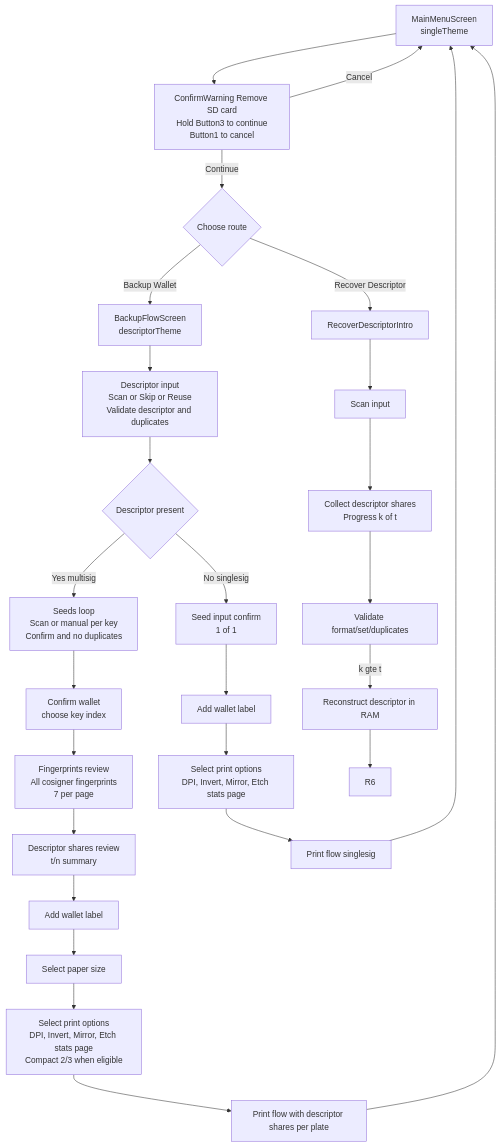
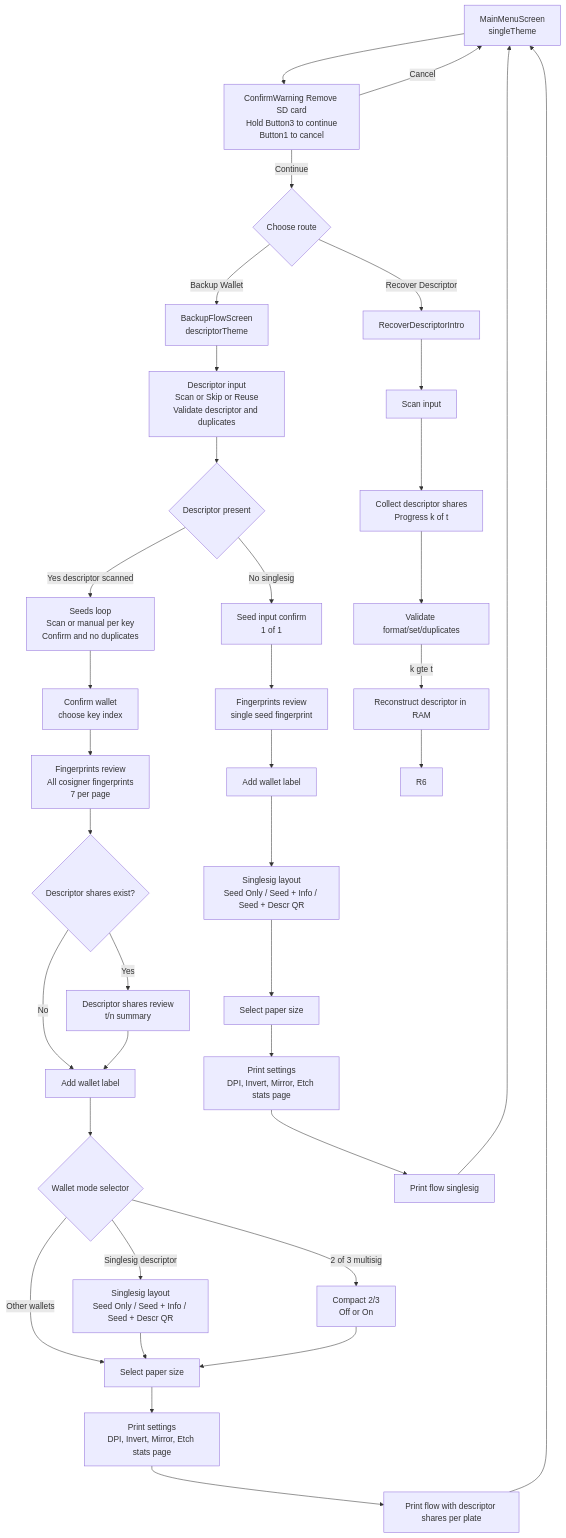
The diagram in docs/dev/gui.md (cmyk/seedetcher), drawn with Mermaid before and after one commit. The commit also changed other lines of this file, not shown here.

Commit message:
docs(gui): align flowchart and notes with current backup/print UX

````diff
--- a/docs/dev/gui.md
+++ b/docs/dev/gui.md
@@ -3,34 +3,44 @@
 ```mermaid
 flowchart TD
     A[MainMenuScreen<br>singleTheme]
     A --> G[ConfirmWarning Remove SD card<br>Hold Button3 to continue<br>Button1 to cancel]
 
     G -->|Continue| C{Choose route}
     G -->|Cancel| A
     C -->|Backup Wallet| B[BackupFlowScreen<br>descriptorTheme]
     C -->|Recover Descriptor| R0[RecoverDescriptorIntro]
 
     D[Descriptor input<br>Scan or Skip or Reuse<br>Validate descriptor and duplicates] --> M{Descriptor present}
     B --> D
     M -->|No singlesig| F1[Seed input confirm<br>1 of 1]
-    M -->|Yes multisig| F2
+    M -->|Yes descriptor scanned| F2
     F2[Seeds loop<br>Scan or manual per key<br>Confirm and no duplicates] --> G1[Confirm wallet<br>choose key index]
     G1 --> FP[Fingerprints review<br>All cosigner fingerprints<br>7 per page]
-    FP --> S2[Descriptor shares review<br>t/n summary]
-    S2 --> H2[Add wallet label]
-    H2 --> PS[Select paper size]
-    PS --> PO[Select print options<br>DPI, Invert, Mirror, Etch stats page<br>Compact 2/3 when eligible]
+    FP --> S2{Descriptor shares exist?}
+    S2 -->|Yes| S3[Descriptor shares review<br>t/n summary]
+    S2 -->|No| H2
+    S3 --> H2[Add wallet label]
+    H2 --> MODE{Wallet mode selector}
+    MODE -->|Singlesig descriptor| SM[Singlesig layout<br>Seed Only / Seed + Info / Seed + Descr QR]
+    MODE -->|2 of 3 multisig| CM[Compact 2/3<br>Off or On]
+    MODE -->|Other wallets| PS
+    SM --> PS[Select paper size]
+    CM --> PS
+    PS --> PO[Print settings<br>DPI, Invert, Mirror, Etch stats page]
     PO --> P2[Print flow with descriptor shares per plate]
     P2 --> A
 
-    F1 --> H3[Add wallet label]
-    H3 --> PO1[Select print options<br>DPI, Invert, Mirror, Etch stats page]
+    F1 --> FP1[Fingerprints review<br>single seed fingerprint]
+    FP1 --> H3[Add wallet label]
+    H3 --> SM1[Singlesig layout<br>Seed Only / Seed + Info / Seed + Descr QR]
+    SM1 --> PS1[Select paper size]
+    PS1 --> PO1[Print settings<br>DPI, Invert, Mirror, Etch stats page]
     PO1 --> P3[Print flow singlesig]
     P3 --> A
 
     R0 --> R1[Scan input]
     R1 --> R2[Collect descriptor shares<br>Progress k of t]
     R2 --> R3[Validate format/set/duplicates]
     R3 -->|k gte t| R5[Reconstruct descriptor in RAM]
     R5 --> R6
 ```
````
